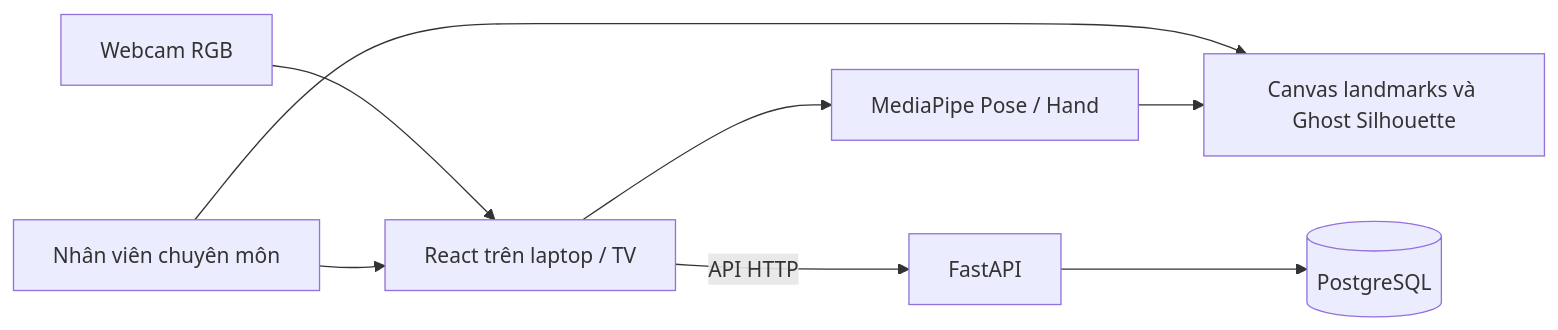
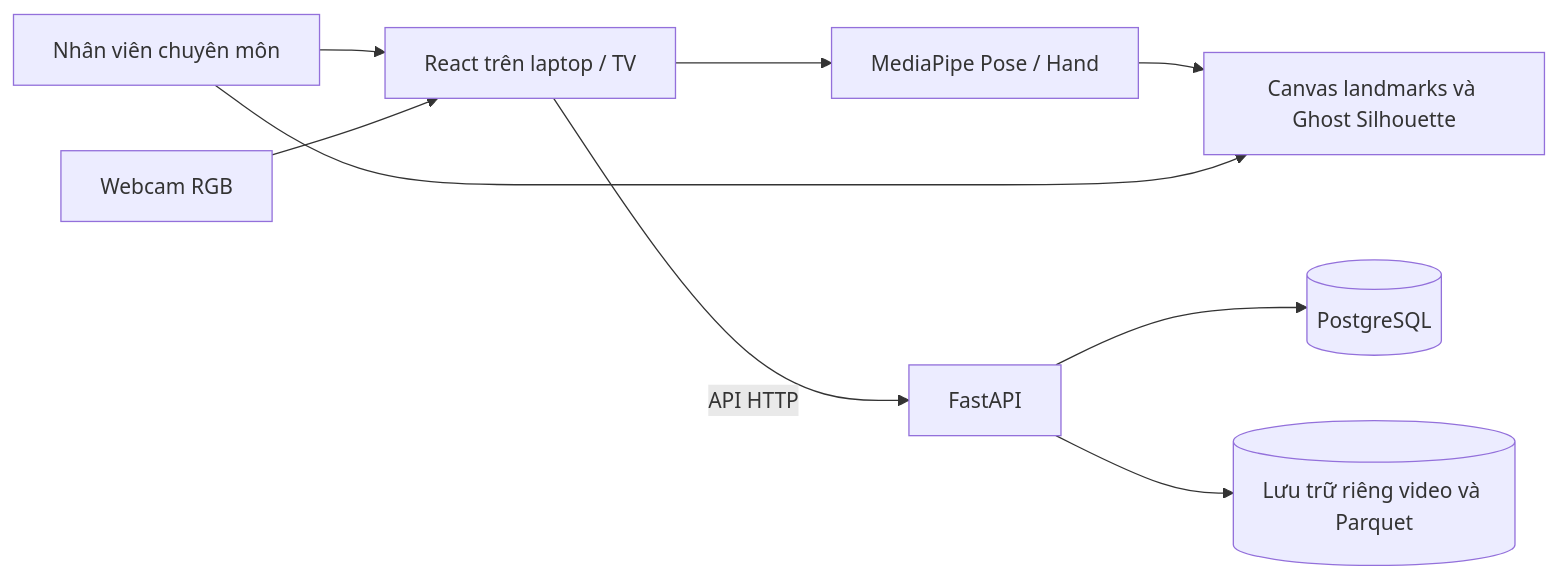
One commit to moimoi05/rehabilitation-ar changed the diagram in docs/ARCHITECTURE.md. Above: the diagram before and after it, drawn with Mermaid. The commit also changed other lines of this file and 50 other files, not shown here.

````diff
--- a/docs/ARCHITECTURE.md
+++ b/docs/ARCHITECTURE.md
@@ -9,10 +9,11 @@
 ```mermaid
 flowchart LR
   U[Nhân viên chuyên môn] --> FE[React trên laptop / TV]
   C[Webcam RGB] --> FE
   FE --> MP[MediaPipe Pose / Hand]
   MP --> O[Canvas landmarks và Ghost Silhouette]
   U --> O
   FE -->|API HTTP| API[FastAPI]
   API --> DB[(PostgreSQL)]
+  API --> FS[(Lưu trữ riêng video và Parquet)]
 ```
````
